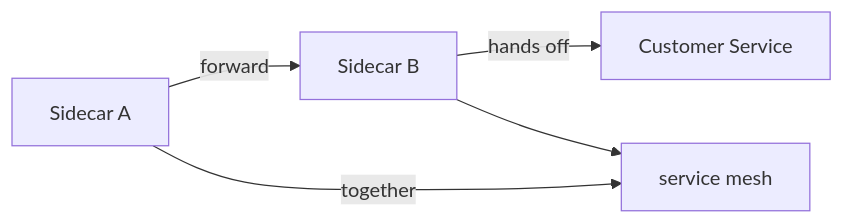
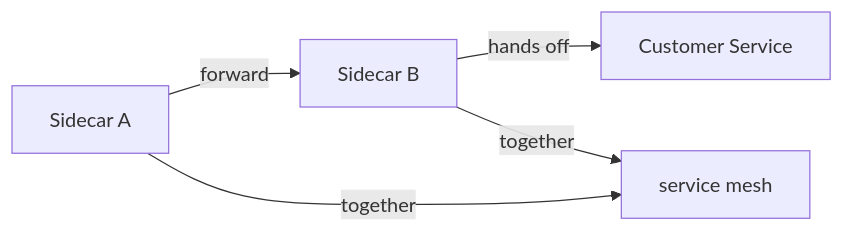
Before and after one commit to vinayakuber/microservices-io-study-guide: diagram 12 of 13 in docs/ch42-sidecar.md, drawn with Mermaid. The commit also changed other lines of this file and 71 other files, not shown here.

First line of the commit message:
R18: label every diagram arrow with its meaning

````diff
--- a/docs/ch42-sidecar.md
+++ b/docs/ch42-sidecar.md
@@ -398,7 +398,7 @@
 ```mermaid
 flowchart LR
   SIDEA["Sidecar A"] -->|"forward"| SIDEB["Sidecar B"]
   SIDEB -->|"hands off"| SVCB["Customer Service"]
   SIDEA -->|"together"| MESH["service mesh"]
-  SIDEB --> MESH
+  SIDEB -->|"together"| MESH
 ```
````
